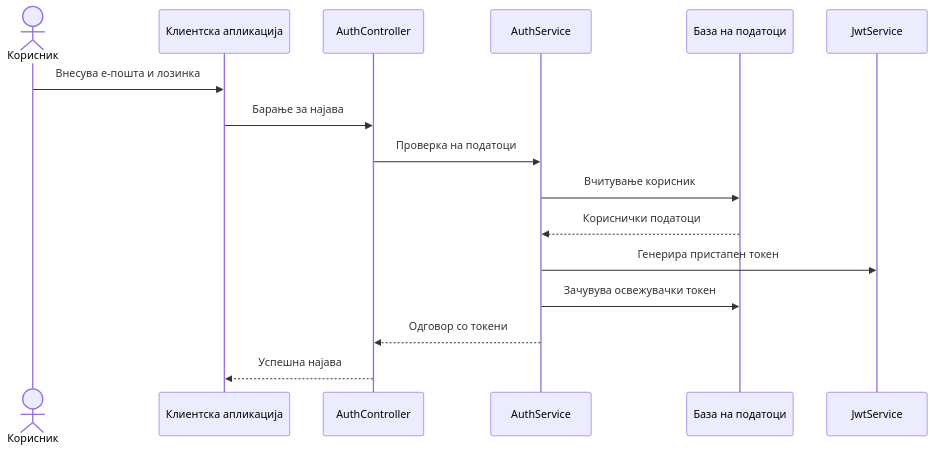
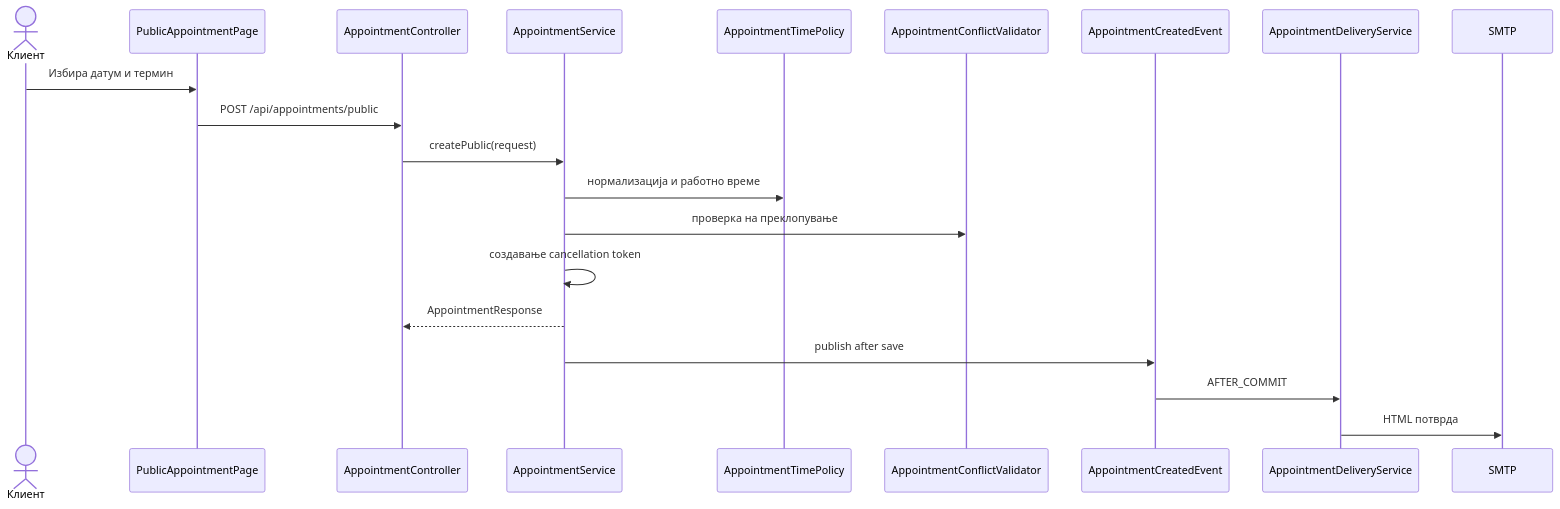
Before and after one commit to delenikov/car-care: the fourth of 6 diagrams in docs/sds_mk.md, drawn with Mermaid. The commit also changed other lines of this file and 36 other files, not shown here.

````diff
--- a/docs/sds_mk.md
+++ b/docs/sds_mk.md
@@ -526,19 +658,23 @@
 ```mermaid
 sequenceDiagram
-  actor User as Корисник
-  participant UI as Клиентска апликација
-  participant Auth as AuthController
-  participant Service as AuthService
-  participant DB as База на податоци
-  participant JWT as JwtService
+  actor Customer as Клиент
+  participant UI as PublicAppointmentPage
+  participant API as AppointmentController
+  participant Service as AppointmentService
+  participant Policy as AppointmentTimePolicy
+  participant Validator as AppointmentConflictValidator
+  participant Events as AppointmentCreatedEvent
+  participant Delivery as AppointmentDeliveryService
+  participant Mail as SMTP
 
-  User->>UI: Внесува е-пошта и лозинка
-  UI->>Auth: Барање за најава
-  Auth->>Service: Проверка на податоци
-  Service->>DB: Вчитување корисник
-  DB-->>Service: Кориснички податоци
-  Service->>JWT: Генерира пристапен токен
-  Service->>DB: Зачувува освежувачки токен
-  Service-->>Auth: Одговор со токени
-  Auth-->>UI: Успешна најава
+  Customer->>UI: Избира датум и термин
+  UI->>API: POST /api/appointments/public
+  API->>Service: createPublic(request)
+  Service->>Policy: нормализација и работно време
+  Service->>Validator: проверка на преклопување
+  Service->>Service: создавање cancellation token
+  Service-->>API: AppointmentResponse
+  Service->>Events: publish after save
+  Events->>Delivery: AFTER_COMMIT
+  Delivery->>Mail: HTML потврда
 ```
````
